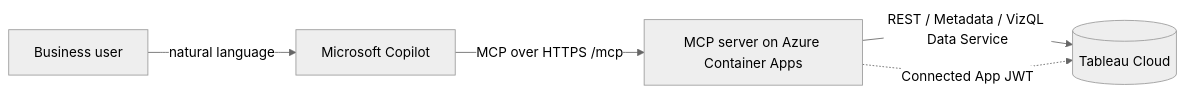
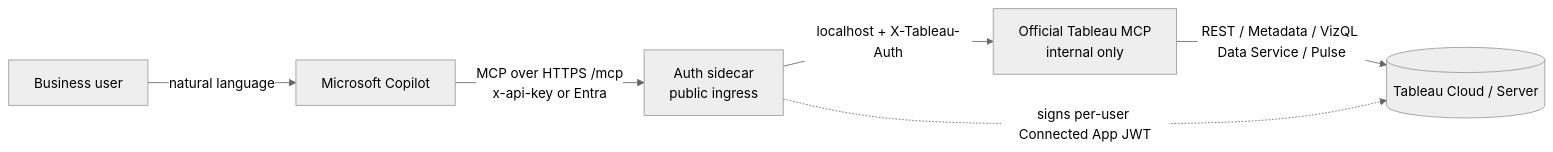
One commit to Yarbrdab000/Tableau-Fabric-AI-Bridge changed the diagram in Play1/Play1_README.md. Above: the diagram before and after it, drawn with Mermaid (neutral theme). The commit also changed other lines of this file and 27 other files, not shown here.

First line of the commit message:
Play 1: official Tableau MCP image landing zone with Entra->Tableau sidecar (#7)

````diff
--- a/Play1/Play1_README.md
+++ b/Play1/Play1_README.md
@@ -166,7 +19,8 @@
 ```mermaid
 flowchart LR
   U[Business user] -->|natural language| C[Microsoft Copilot]
-  C -->|MCP over HTTPS /mcp| M[MCP server on Azure Container Apps]
-  M -->|REST / Metadata / VizQL Data Service| T[(Tableau Cloud)]
-  M -. Connected App JWT .-> T
+  C -->|MCP over HTTPS /mcp<br/>x-api-key or Entra| S[Auth sidecar<br/>public ingress]
+  S -->|localhost + X-Tableau-Auth| M[Official Tableau MCP<br/>internal only]
+  M -->|REST / Metadata / VizQL Data Service / Pulse| T[(Tableau Cloud / Server)]
+  S -. signs per-user Connected App JWT .-> T
 ```
````
